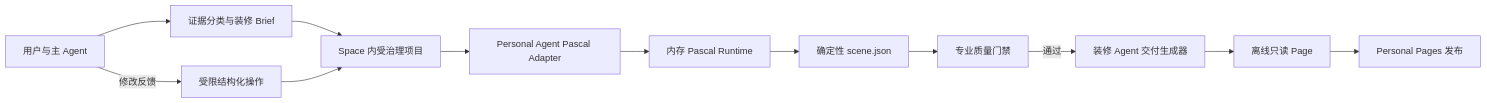
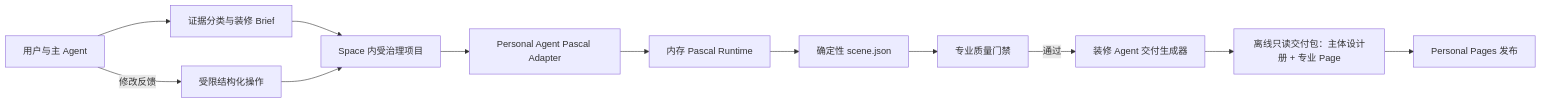
The diagram in docs/professional-interior-design-agent.md (chenchen428/personal-agent-node), drawn with Mermaid before and after one commit. The commit also changed other lines of this file and 39 other files, not shown here.

````diff
--- a/docs/professional-interior-design-agent.md
+++ b/docs/professional-interior-design-agent.md
@@ -70,14 +72,14 @@
 ```mermaid
 flowchart LR
   U["用户与主 Agent"] --> E["证据分类与装修 Brief"]
   E --> P["Space 内受治理项目"]
   P --> A["Personal Agent Pascal Adapter"]
   A --> H["内存 Pascal Runtime"]
   H --> S["确定性 scene.json"]
   S --> Q["专业质量门禁"]
   Q -->|通过| G["装修 Agent 交付生成器"]
-  G --> D["离线只读 Page"]
+  G --> D["离线只读交付包：主体设计册 + 专业 Page"]
   D --> R["Personal Pages 发布"]
   U -->|修改反馈| O["受限结构化操作"]
   O --> P
 ```
````
